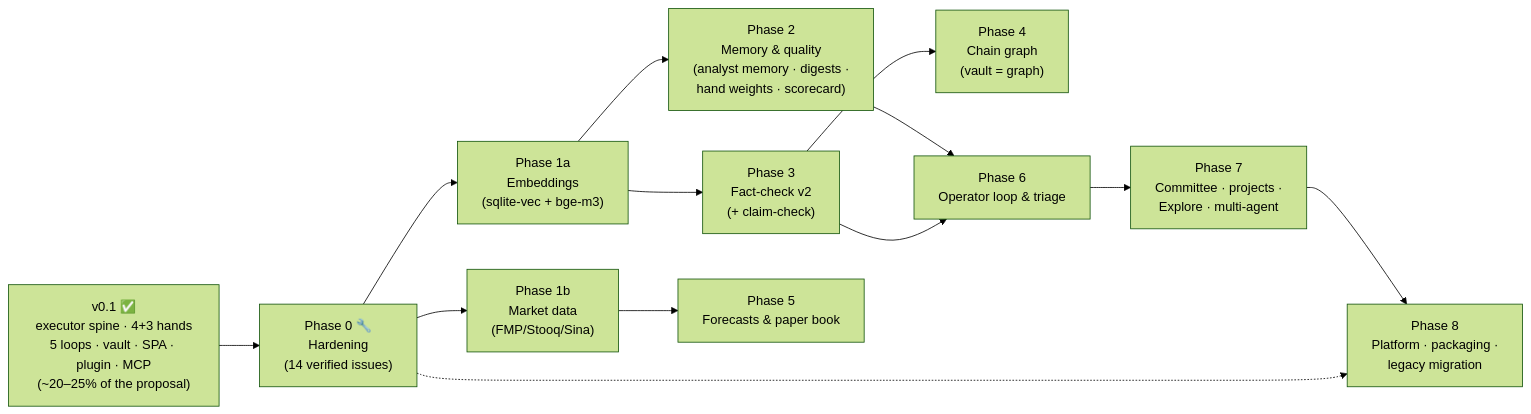
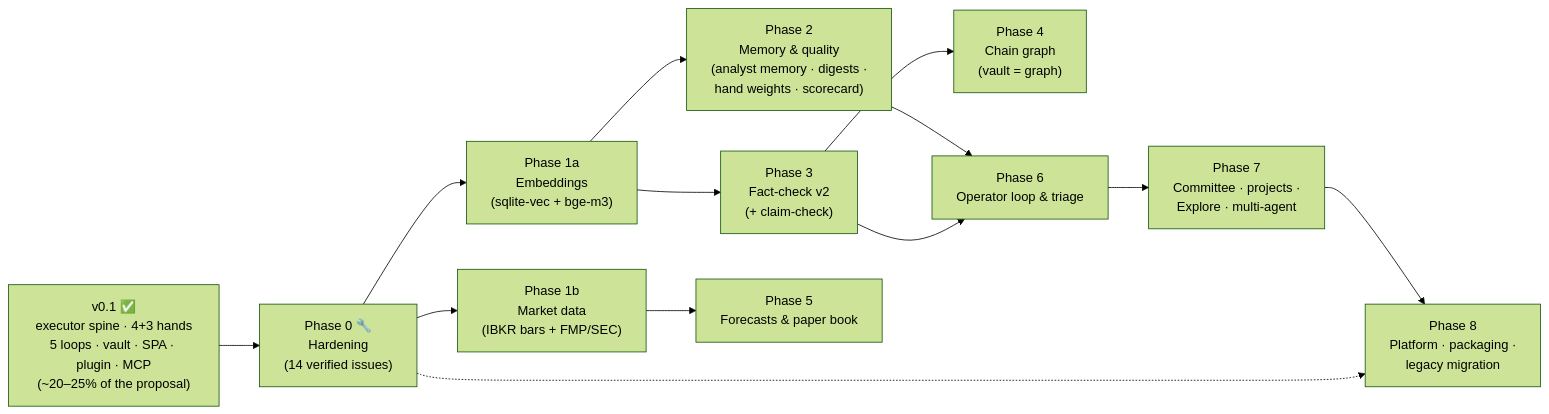
One commit to dmquant/institute-one changed the first of 2 diagrams in ROADMAP.md. Above: the diagram before and after it, drawn with Mermaid (forest theme). The commit also changed other lines of this file and 54 other files, not shown here.

````diff
--- a/ROADMAP.md
+++ b/ROADMAP.md
@@ -15,25 +15,25 @@
 ```mermaid
 flowchart LR
     V01["v0.1 ✅<br/>executor spine · 4+3 hands<br/>5 loops · vault · SPA · plugin · MCP<br/>(~20–25% of the proposal)"]
     P0["Phase 0 🔧<br/>Hardening<br/>(14 verified issues)"]
     P1A["Phase 1a<br/>Embeddings<br/>(sqlite-vec + bge-m3)"]
-    P1B["Phase 1b<br/>Market data<br/>(FMP/Stooq/Sina)"]
+    P1B["Phase 1b<br/>Market data<br/>(IBKR bars + FMP/SEC)"]
     P2["Phase 2<br/>Memory & quality<br/>(analyst memory · digests ·<br/>hand weights · scorecard)"]
     P3["Phase 3<br/>Fact-check v2<br/>(+ claim-check)"]
     P4["Phase 4<br/>Chain graph<br/>(vault = graph)"]
     P5["Phase 5<br/>Forecasts & paper book"]
     P6["Phase 6<br/>Operator loop & triage"]
     P7["Phase 7<br/>Committee · projects ·<br/>Explore · multi-agent"]
     P8["Phase 8<br/>Platform · packaging ·<br/>legacy migration"]
 
     V01 --> P0
     P0 --> P1A & P1B
     P1A --> P2 & P3
     P3 --> P4
     P1B --> P5
     P2 --> P6
     P3 --> P6
     P6 --> P7
     P7 --> P8
     P0 -.-> P8
 ```
````
